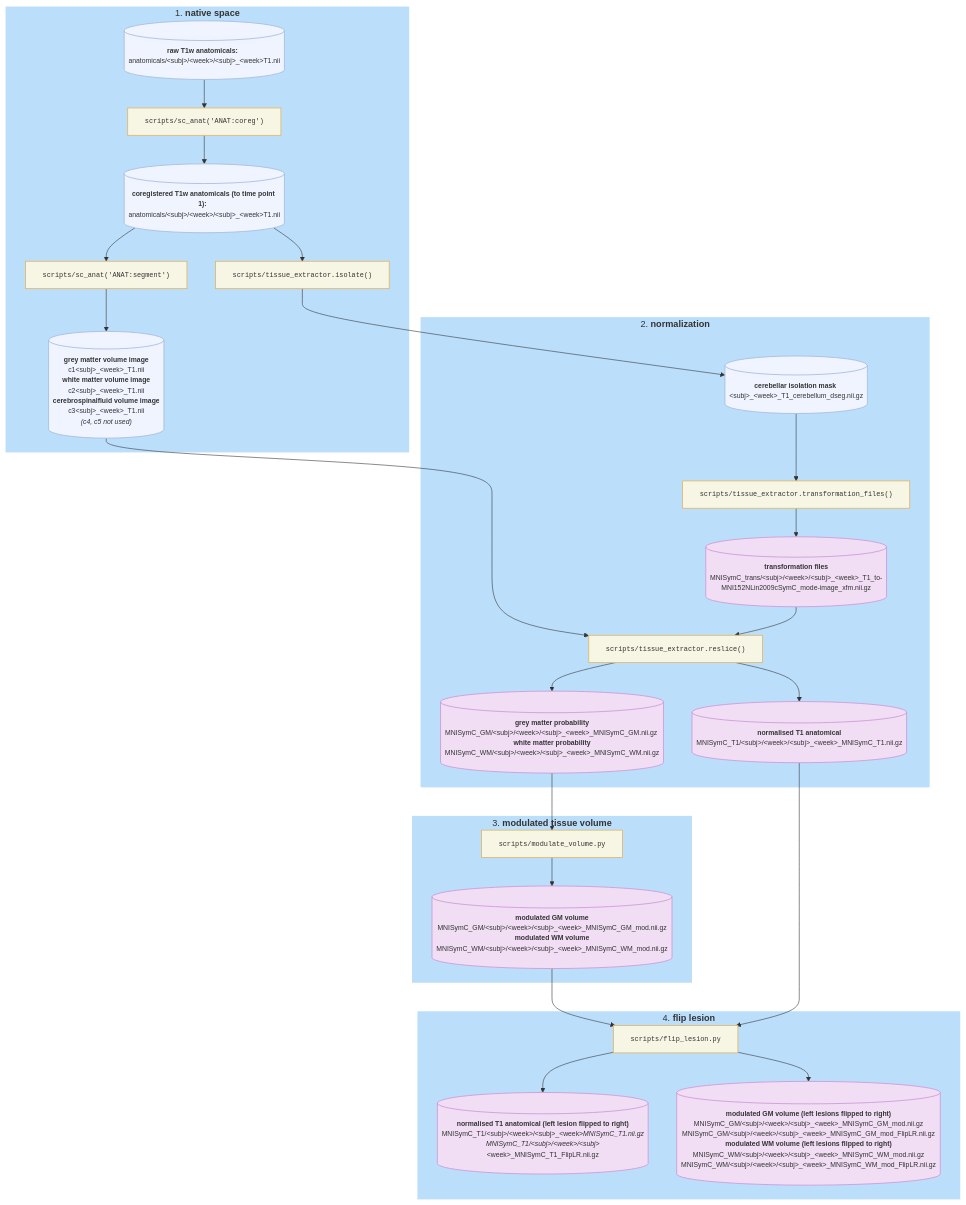
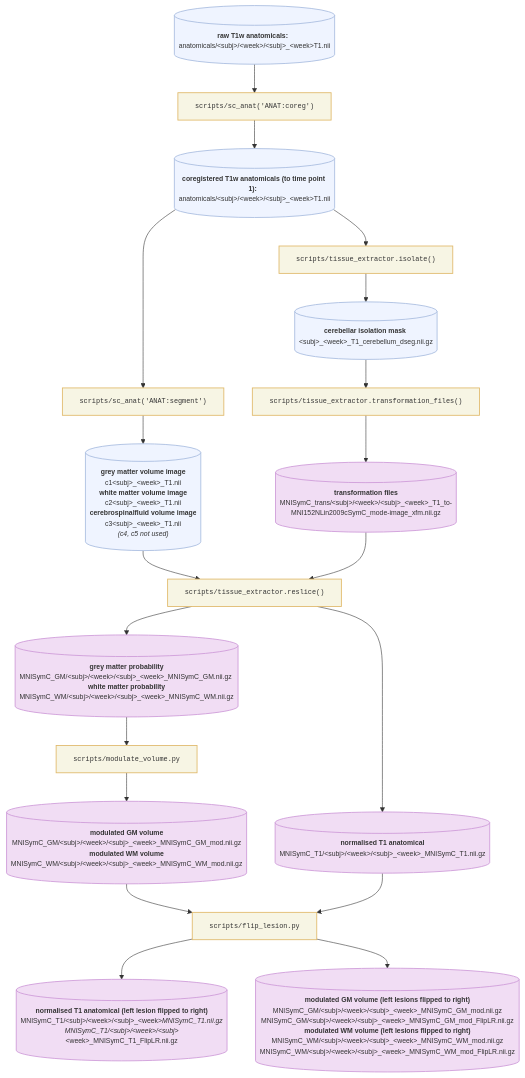
The diagram in README.md (medhakp/smarts_cerebellum), drawn with Mermaid before and after one commit.

Commit message:
update readme
Updated flowchart sections in README.md to reflect changes in anatomical processing steps and styles.

````diff
--- a/README.md
+++ b/README.md
@@ -17,71 +17,63 @@
 ```mermaid
 flowchart TB
- subgraph S1["1. <b>native space</b>"]
         P1@{ label: "scripts/sc_anat('ANAT:coreg')" }
         A[("<b>raw T1w anatomicals: </b> <br>anatomicals/&lt;subj&gt;/&lt;week&gt;/&lt;subj&gt;_&lt;week&gt;T1.nii")]
         B[("<b>coregistered T1w anatomicals (to time point 1): </b> <br>anatomicals/&lt;subj&gt;/&lt;week&gt;/&lt;subj&gt;_&lt;week&gt;T1.nii<br>")]
         P2@{ label: "scripts/sc_anat('ANAT:segment')" }
         P3["scripts/tissue_extractor.isolate()"]
         C[("<b>grey matter volume image</b><br>c1&lt;subj&gt;_&lt;week&gt;_T1.nii<br><b>white matter volume image</b><br>c2&lt;subj&gt;_&lt;week&gt;_T1.nii<br><b>cerebrospinalfluid volume image</b><br>c3&lt;subj&gt;_&lt;week&gt;_T1.nii<br><i>(c4, c5 not used)</i>")]
-  end
- subgraph S2["2. <b>normalization</b>"]
+
         D[("<b>cerebellar isolation mask</b> <br>&lt;subj&gt;_&lt;week&gt;_T1_cerebellum_dseg.nii.gz<br>")]
         P4["scripts/tissue_extractor.transformation_files()"]
         E[("<b>transformation files</b><br>MNISymC_trans/&lt;subj&gt;/&lt;week&gt;/&lt;subj&gt;_&lt;week&gt;_T1_to-MNI152NLin2009cSymC_mode-image_xfm.nii.gz<br>")]
         F["scripts/tissue_extractor.reslice()"]
         G[("<b>normalised T1 anatomical</b><br>MNISymC_T1/&lt;subj&gt;/&lt;week&gt;/&lt;subj&gt;_&lt;week&gt;_MNISymC_T1.nii.gz<br>")]
         H[("<b>grey matter probability</b><br>MNISymC_GM/&lt;subj&gt;/&lt;week&gt;/&lt;subj&gt;_&lt;week&gt;_MNISymC_GM.nii.gz <br><b>white matter probability</b><br>MNISymC_WM/&lt;subj&gt;/&lt;week&gt;/&lt;subj&gt;_&lt;week&gt;_MNISymC_WM.nii.gz")]
-  end
- subgraph S3["3. <b> modulated tissue volume</b>"]
+  
         P5["scripts/modulate_volume.py"]
         I[("<b>modulated GM volume</b><br>MNISymC_GM/&lt;subj&gt;/&lt;week&gt;/&lt;subj&gt;_&lt;week&gt;_MNISymC_GM_mod.nii.gz<br><b>modulated WM volume</b><br>MNISymC_WM/&lt;subj&gt;/&lt;week&gt;/&lt;subj&gt;_&lt;week&gt;_MNISymC_WM_mod.nii.gz")]
-  end
- subgraph S4["4. <b>flip lesion</b>"]
+  
         P6["scripts/flip_lesion.py"]
         J@{ label: "<span style=\"--tw-border-spacing-y:\">**normalised T1 anatomical (left lesion flipped to right)**</span><br style=\"--tw-border-spacing-y:\">MNISymC_T1/&lt;subj&gt;/&lt;week&gt;/&lt;subj&gt;_&lt;week&gt;_MNISymC_T1.nii.gz<br>MNISymC_T1/&lt;subj&gt;/&lt;week&gt;/&lt;subj&gt;_&lt;week&gt;_MNISymC_T1_FlipLR.nii.gz" }
         K[("<b>modulated GM volume (left lesions flipped to right)</b><br>MNISymC_GM/&lt;subj&gt;/&lt;week&gt;/&lt;subj&gt;_&lt;week&gt;_MNISymC_GM_mod.nii.gz<br>MNISymC_GM/&lt;subj&gt;/&lt;week&gt;/&lt;subj&gt;_&lt;week&gt;_MNISymC_GM_mod_FlipLR.nii.gz<br><b>modulated WM volume (left lesions flipped to right)</b><br>MNISymC_WM/&lt;subj&gt;/&lt;week&gt;/&lt;subj&gt;_&lt;week&gt;_MNISymC_WM_mod.nii.gz<br>MNISymC_WM/&lt;subj&gt;/&lt;week&gt;/&lt;subj&gt;_&lt;week&gt;_MNISymC_WM_mod_FlipLR.nii.gz")]
-  end
     A --> P1
     P1 --> B
     B --> P2 & P3
     P2 --> C
     P3 --> D
     D --> P4
     P4 --> E
     C --> F
     E --> F
     F --> G & H
     H --> P5
     P5 --> I
     I --> P6
     G --> P6
     P6 --> J & K
 
     P1@{ shape: rect}
     P2@{ shape: rect}
     J@{ shape: cylinder}
      P1:::processNode
      A:::nativeNode
      B:::nativeNode
      P2:::processNode
      P3:::processNode
      C:::nativeNode
      D:::nativeNode
      P4:::processNode
      E:::templateNode
      F:::processNode
      G:::templateNode
      H:::templateNode
      P5:::processNode
      I:::templateNode
      P6:::processNode
      J:::templateNode
      K:::templateNode
     classDef nativeNode fill:#eff4ff,stroke:#a8bce0,stroke-width:1.5px,color:#333,font-family:Arial,font-size:12px
     classDef templateNode fill:#f1ddf4,stroke:#ce9bd9,stroke-width:1.5px,color:#333,font-family:Arial,font-size:12px
     classDef processNode fill:#f7f5e4,stroke:#e0b96a,stroke-width:1.5px,color:#333,font-family:monospace,font-size:12px
-    style S1 stroke:transparent,fill:#BBDEFB
-    style S2 fill:#BBDEFB,stroke:transparent
-    style S3 fill:#BBDEFB,stroke:transparent
-    style S4 fill:#BBDEFB,stroke:transparent
+  
 ```
````
